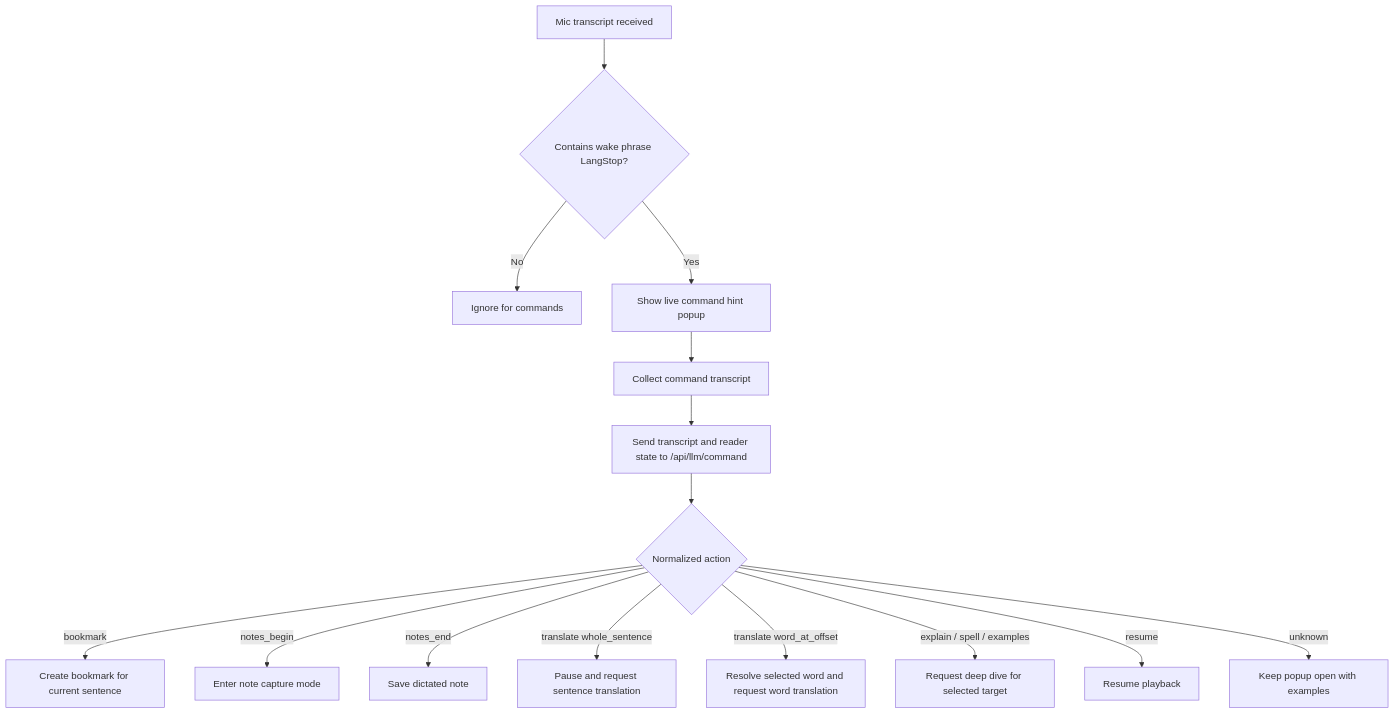
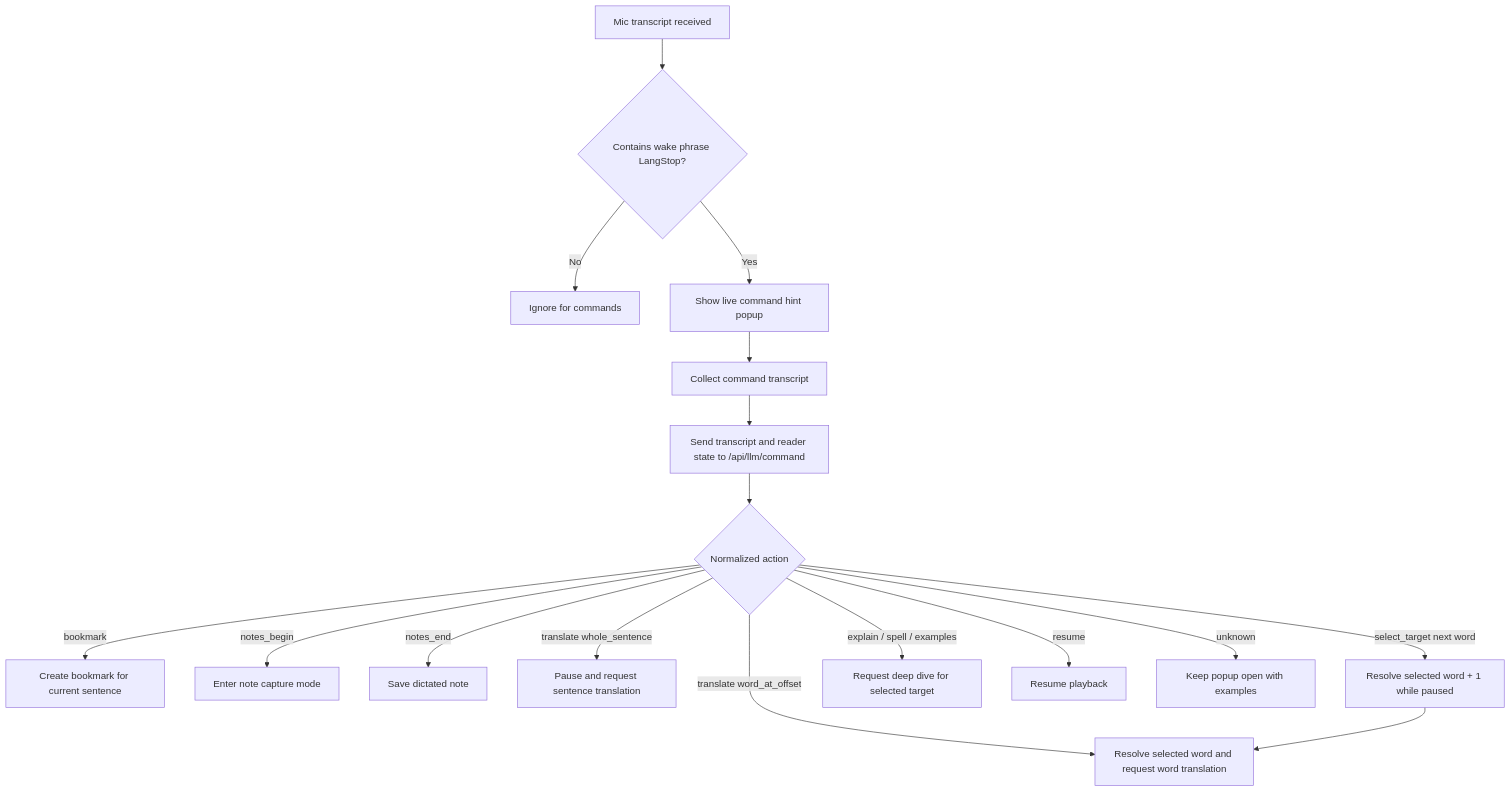
The fifth of 10 diagrams in docs/interaction-workflows.md (yc1838/LangStop), drawn with Mermaid before and after one commit. The commit also changed other lines of this file and 17 other files, not shown here.

````diff
--- a/docs/interaction-workflows.md
+++ b/docs/interaction-workflows.md
@@ -96,17 +102,19 @@
 ```mermaid
 flowchart TD
     A["Mic transcript received"] --> B{"Contains wake phrase LangStop?"}
     B -->|"No"| C["Ignore for commands"]
     B -->|"Yes"| D["Show live command hint popup"]
     D --> E["Collect command transcript"]
     E --> F["Send transcript and reader state to /api/llm/command"]
     F --> G{"Normalized action"}
     G -->|"bookmark"| H["Create bookmark for current sentence"]
     G -->|"notes_begin"| I["Enter note capture mode"]
     G -->|"notes_end"| J["Save dictated note"]
     G -->|"translate whole_sentence"| K["Pause and request sentence translation"]
     G -->|"translate word_at_offset"| L["Resolve selected word and request word translation"]
+    G -->|"select_target next word"| P["Resolve selected word + 1 while paused"]
     G -->|"explain / spell / examples"| M["Request deep dive for selected target"]
     G -->|"resume"| N["Resume playback"]
     G -->|"unknown"| O["Keep popup open with examples"]
+    P --> L
 ```
````
